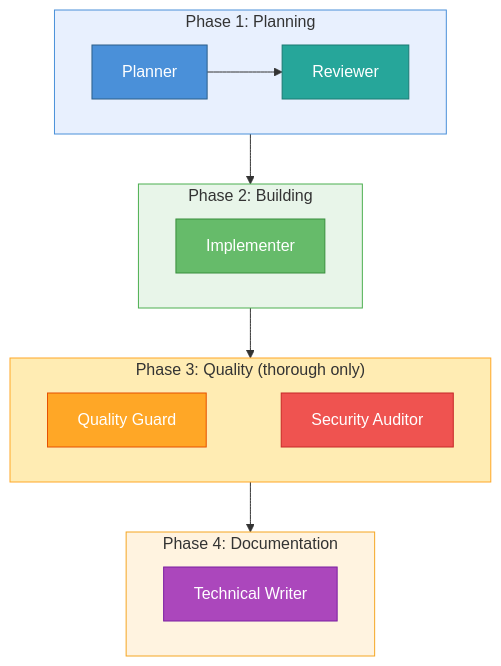
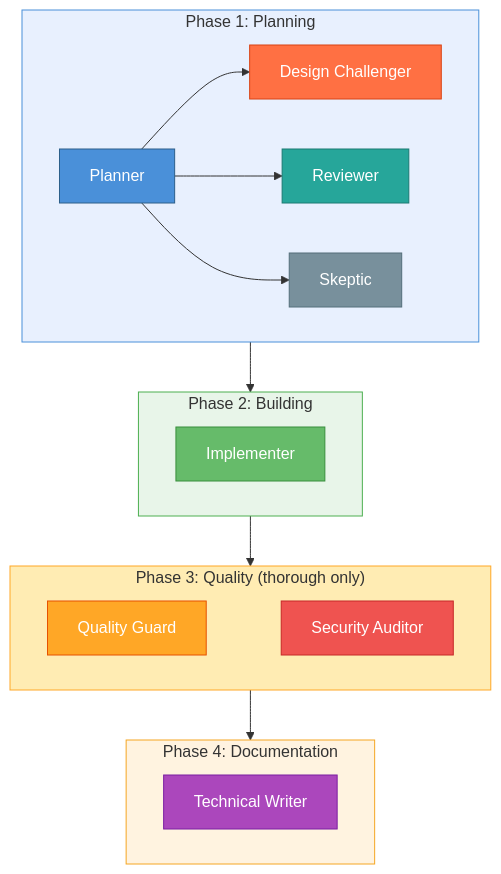
The second of 11 diagrams in docs/overview.md (ciprianvradu/agentic-workflow), drawn with Mermaid before and after one commit. The commit also changed other lines of this file and 2 other files, not shown here.

````diff
--- a/docs/overview.md
+++ b/docs/overview.md
@@ -62,37 +62,41 @@
 ```mermaid
 graph TB
     subgraph planning ["Phase 1: Planning"]
         direction LR
-        PL[Planner] --> REV[Reviewer]
+        PL[Planner] --> DC[Design Challenger]
+        PL --> REV[Reviewer]
+        PL --> SK[Skeptic]
     end
 
     subgraph building ["Phase 2: Building"]
         direction LR
         IMP[Implementer]
     end
 
     subgraph quality ["Phase 3: Quality (thorough only)"]
         direction LR
         QG[Quality Guard] ~~~ SA[Security Auditor]
     end
 
     subgraph documenting ["Phase 4: Documentation"]
         direction LR
         TW[Technical Writer]
     end
 
     planning --> building
     building --> quality
     quality --> documenting
 
     style planning fill:#E8F0FE,stroke:#4A90D9,color:#333
     style building fill:#E8F5E9,stroke:#4CAF50,color:#333
     style quality fill:#FFECB3,stroke:#FFA726,color:#333
     style documenting fill:#FFF3E0,stroke:#F5A623,color:#333
     style PL fill:#4A90D9,stroke:#2C5F8A,color:#fff
+    style DC fill:#FF7043,stroke:#D84315,color:#fff
     style REV fill:#26A69A,stroke:#1B7A72,color:#fff
+    style SK fill:#78909C,stroke:#546E7A,color:#fff
     style IMP fill:#66BB6A,stroke:#388E3C,color:#fff
     style QG fill:#FFA726,stroke:#E65100,color:#fff
     style SA fill:#EF5350,stroke:#C62828,color:#fff
     style TW fill:#AB47BC,stroke:#7B1FA2,color:#fff
 ```
````
